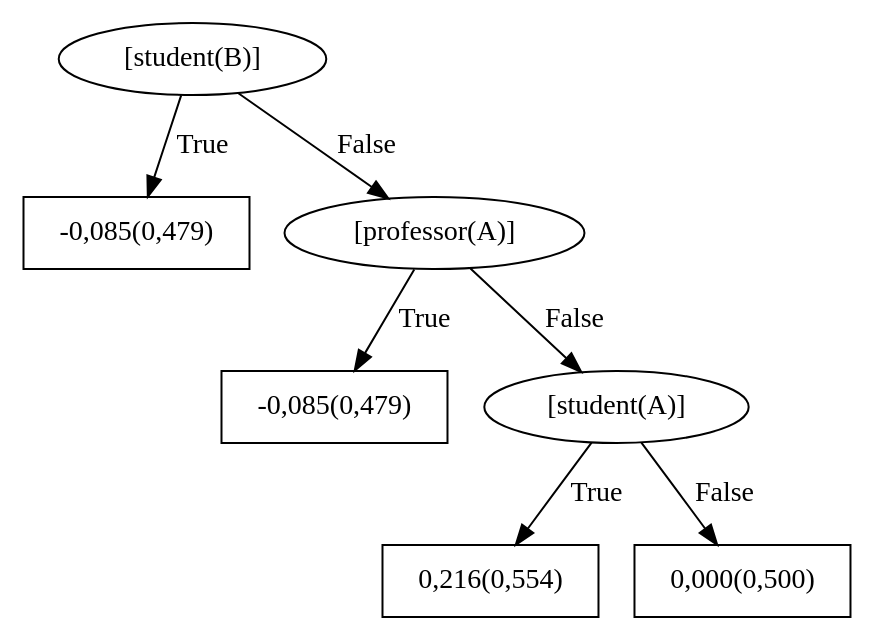
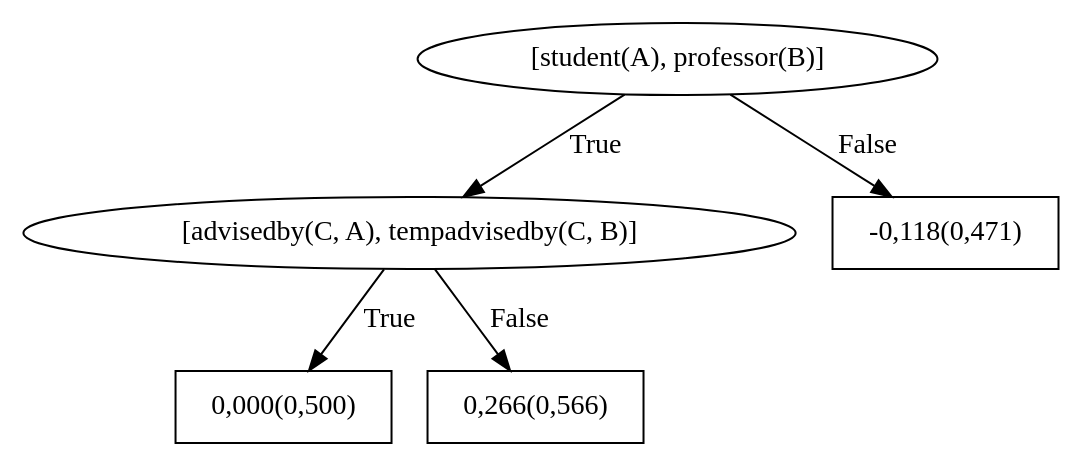
Before and after one commit to MeLLL-UFF/groot: the diagram in boostsrl/train/models/bRDNs/dotFiles/WILLTreeFor_advisedby5.dot, drawn with Graphviz. The commit also changed 67 other files, not shown here.

```diff
--- a/boostsrl/train/models/bRDNs/dotFiles/WILLTreeFor_advisedby5.dot
+++ b/boostsrl/train/models/bRDNs/dotFiles/WILLTreeFor_advisedby5.dot
@@ -1,15 +1,11 @@
 digraph G{ 
-1[label = "[student(B)]"];
+1[label = "[student(A), professor(B)]"];
 1 -> 2[label="True"];
 1 -> 3[label="False"];
-2[shape = box,label = "-0,085(0,479)"];
-3[label = "[professor(A)]"];
-3 -> 4[label="True"];
-3 -> 5[label="False"];
-4[shape = box,label = "-0,085(0,479)"];
-5[label = "[student(A)]"];
-5 -> 6[label="True"];
-5 -> 7[label="False"];
-6[shape = box,label = "0,216(0,554)"];
-7[shape = box,label = "0,000(0,500)"];
+2[label = "[advisedby(C, A), tempadvisedby(C, B)]"];
+2 -> 4[label="True"];
+2 -> 5[label="False"];
+4[shape = box,label = "0,000(0,500)"];
+5[shape = box,label = "0,266(0,566)"];
+3[shape = box,label = "-0,118(0,471)"];
 }
```
